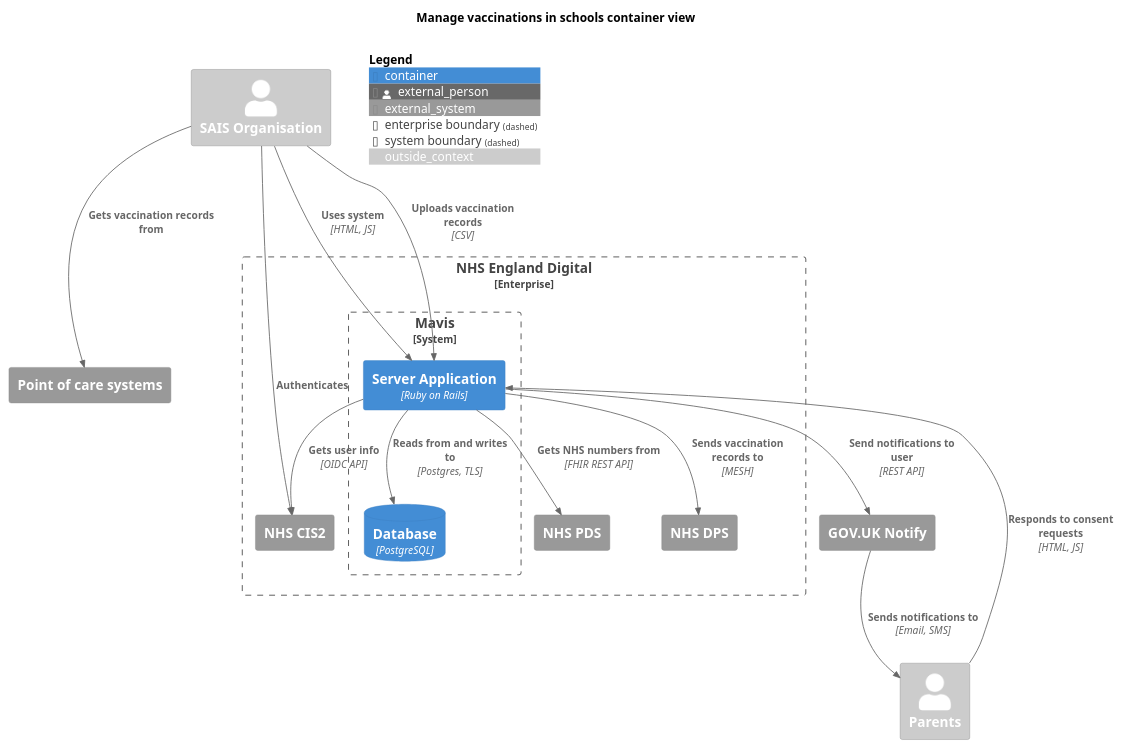
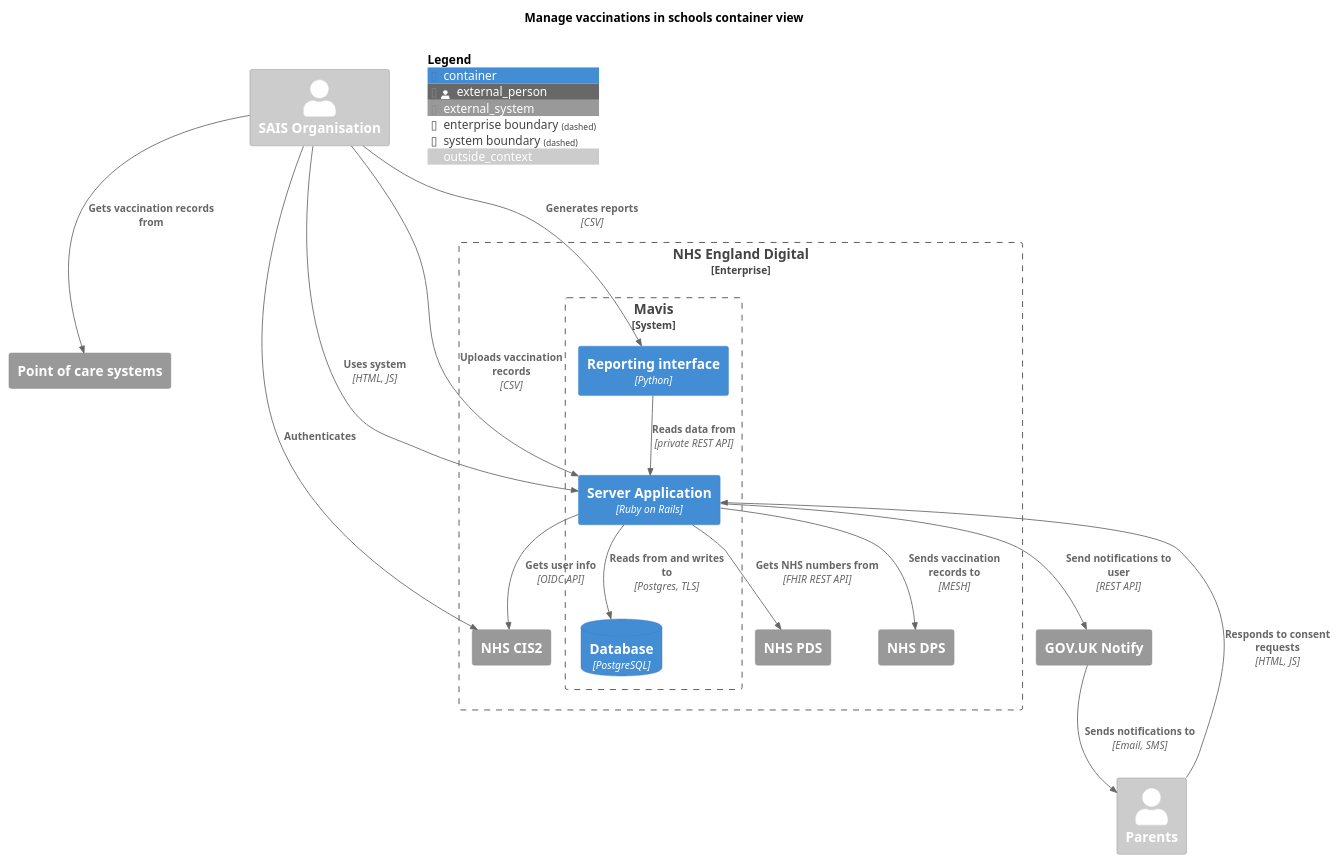
The diagram in docs/diagrams/container-view.puml (nhsuk/manage-vaccinations-in-schools), drawn with PlantUML before and after one commit. The commit also changed 2 other files, not shown here.

```diff
--- a/docs/diagrams/container-view.puml
+++ b/docs/diagrams/container-view.puml
@@ -1,45 +1,48 @@
 @startuml
 
 !include <C4/C4_Container.puml>
 
 LAYOUT_TOP_DOWN()
 
 title "Manage vaccinations in schools container view"
 
 AddElementTag("outside_context", $bgColor="#CCC", $fontColor="#FFF")
 
 Person_Ext(sais, "SAIS Organisation", $tags="outside_context")
 Person_Ext(parents, "Parents", $tags="outside_context")
 
 System_Ext(poc, "Point of care systems")
 
 Enterprise_Boundary(nhs, "NHS England Digital") {
   System_Boundary(manage, "Mavis") {
     Container(mavis, "Server Application", "Ruby on Rails")
+    Container(mavis_reporting, "Reporting interface", "Python")
     ContainerDb(mavis_db, "Database", "PostgreSQL")
   }
 
   System_Ext(cis, "NHS CIS2")
   System_Ext(pds, "NHS PDS")
   System_Ext(dps, "NHS DPS")
 }
 
 System_Ext(notify, "GOV.UK Notify")
 
 AddRelTag("optional", $textColor="black", $lineColor="black", $lineStyle="dashed")
 
 Rel(sais, cis, "Authenticates")
 Rel(mavis, cis, "Gets user info", "OIDC API")
 Rel(sais, mavis, "Uses system", "HTML, JS")
 Rel(sais, poc, "Gets vaccination records from")
 Rel(sais, mavis, "Uploads vaccination records", "CSV")
+Rel(sais, mavis_reporting, "Generates reports", "CSV")
 Rel(parents, mavis, "Responds to consent requests", "HTML, JS")
 Rel(mavis, notify, "Send notifications to user", "REST API")
 Rel(notify, parents, "Sends notifications to", "Email, SMS")
 Rel(mavis, pds, "Gets NHS numbers from", "FHIR REST API")
 Rel(mavis, dps, "Sends vaccination records to", "MESH")
 Rel(mavis, mavis_db, "Reads from and writes to", "Postgres, TLS")
+Rel(mavis_reporting, mavis, "Reads data from", "private REST API")
 
 SHOW_FLOATING_LEGEND()
 
 @enduml
```
